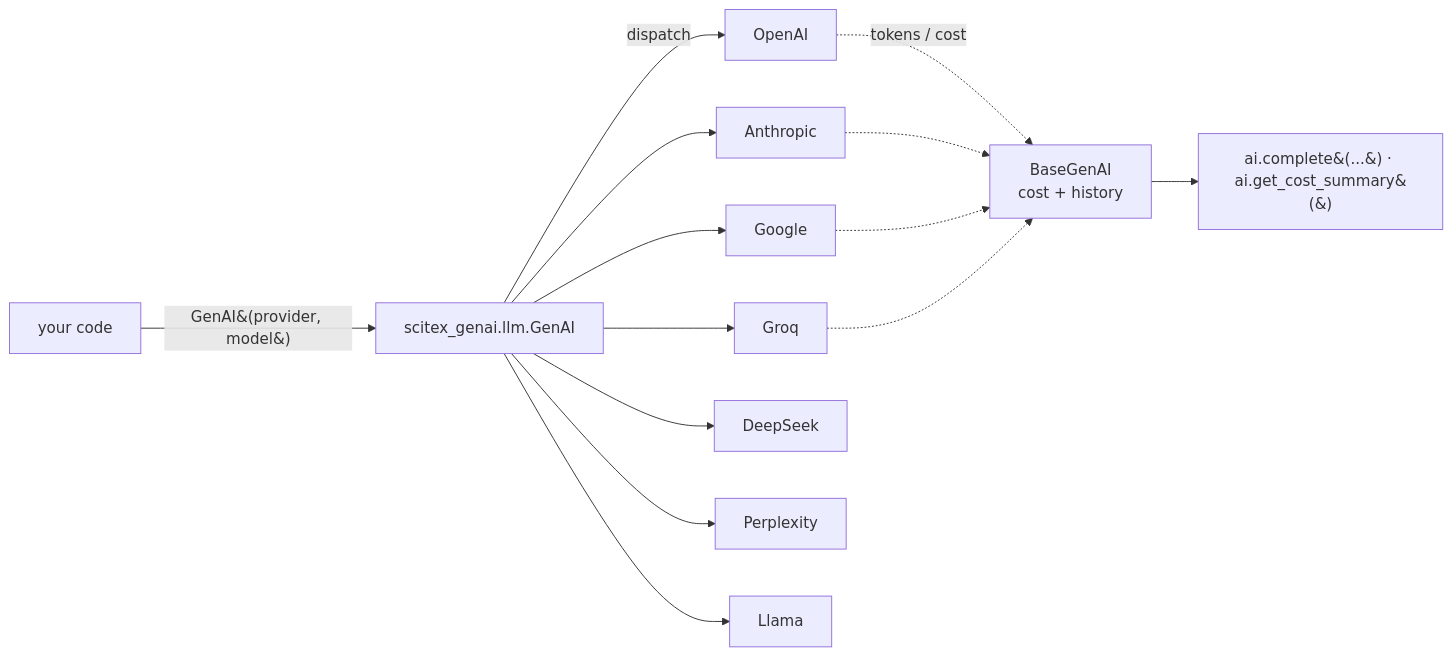
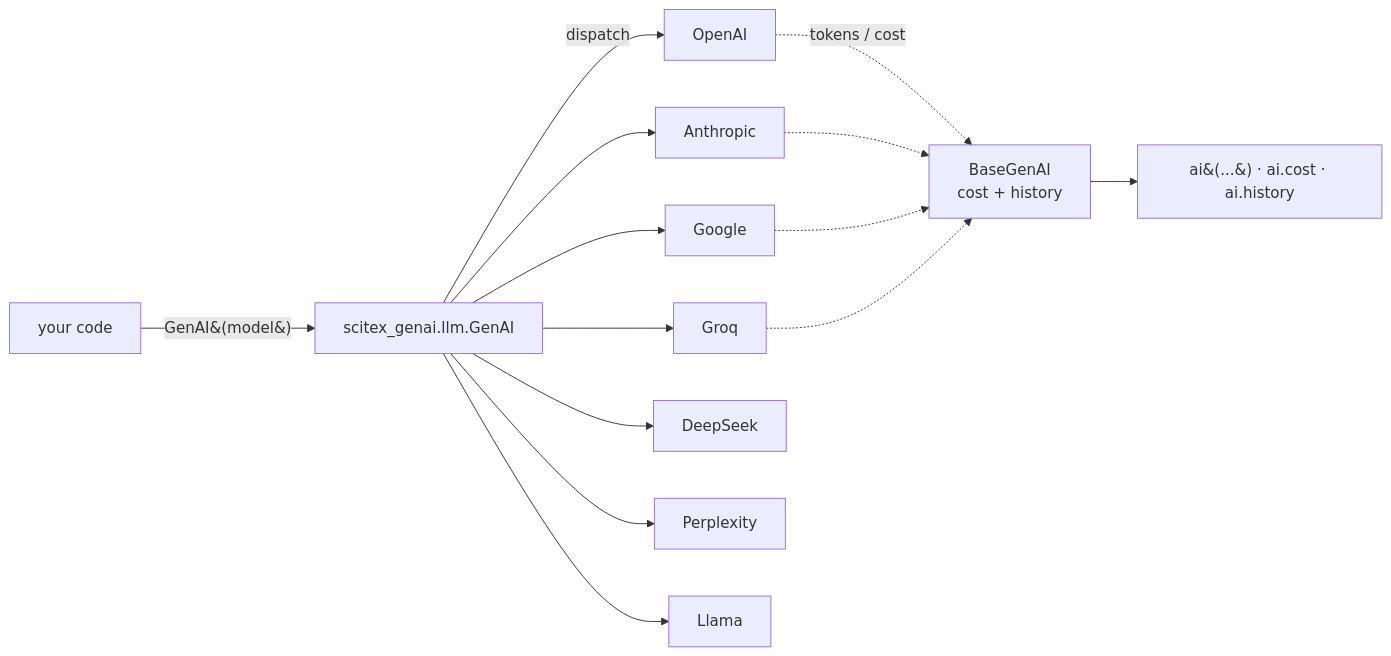
One commit to scitex-ai/scitex-genai changed the diagram in README.md. Above: the diagram before and after it, drawn with Mermaid. The commit also changed other lines of this file and 6 other files, not shown here.

````diff
--- a/README.md
+++ b/README.md
@@ -72,16 +72,16 @@
 ```mermaid
 flowchart LR
-    User[your code] -->|GenAI&#40;provider, model&#41;| Factory[scitex_genai.llm.GenAI]
+    User[your code] -->|GenAI&#40;model&#41;| Factory[scitex_genai.llm.GenAI]
     Factory -->|dispatch| OpenAI[OpenAI]
     Factory --> Anthropic[Anthropic]
     Factory --> Google[Google]
     Factory --> Groq[Groq]
     Factory --> DeepSeek[DeepSeek]
     Factory --> Perplexity[Perplexity]
     Factory --> Llama[Llama]
     OpenAI -.->|tokens / cost| Tracker[BaseGenAI<br/>cost + history]
     Anthropic -.-> Tracker
     Google -.-> Tracker
     Groq -.-> Tracker
-    Tracker --> Out[ai.complete&#40;...&#41; · ai.get_cost_summary&#40;&#41;]
+    Tracker --> Out[ai&#40;...&#41; · ai.cost · ai.history]
 ```
````
